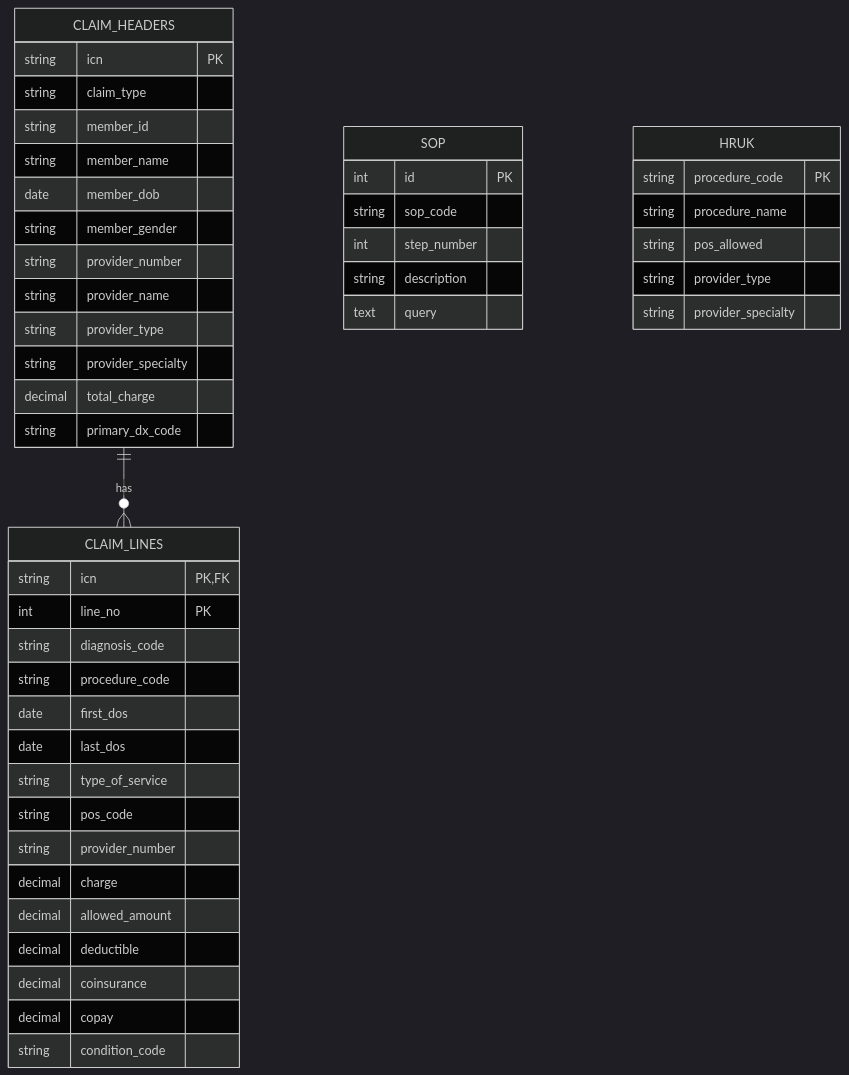
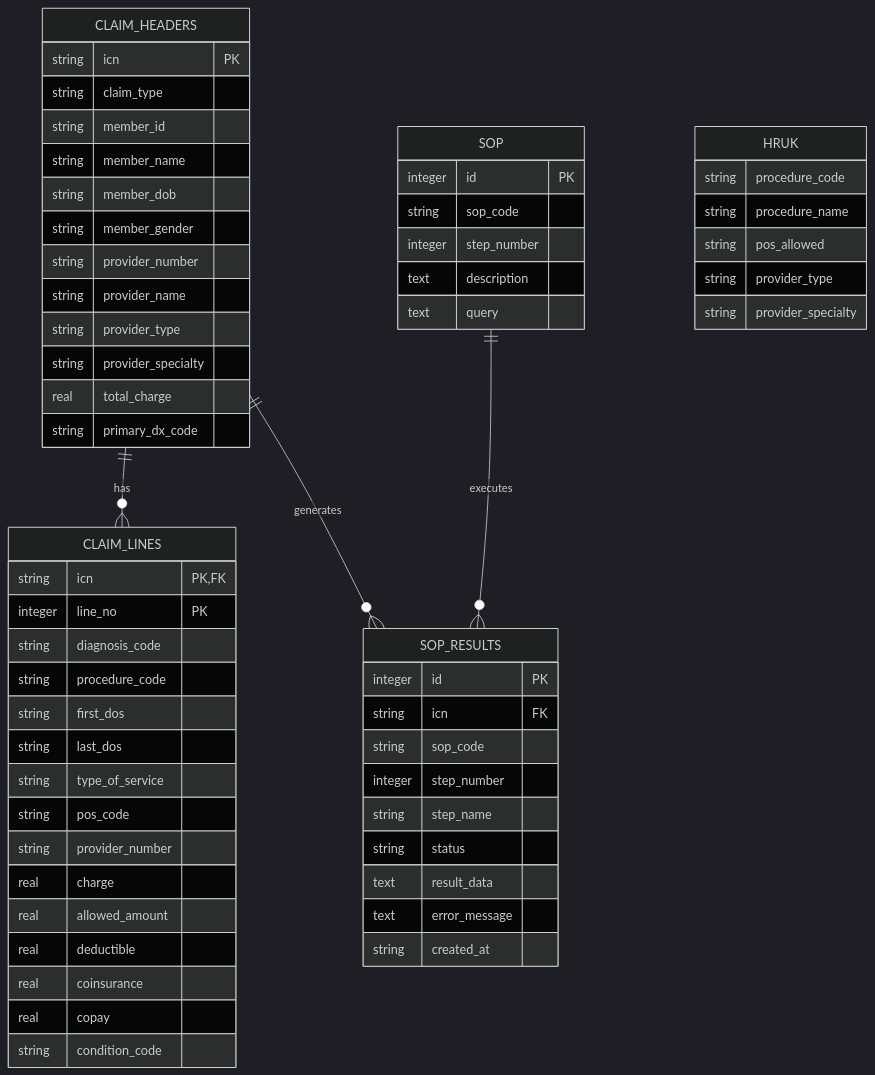
The eighth of 9 diagrams in README.md (phoenix-4u/Pend_Claims_Agentic_Workflow), drawn with Mermaid (dark theme) before and after one commit. The commit also changed other lines of this file, not shown here.

````diff
--- a/README.md
+++ b/README.md
@@ -264,53 +355,67 @@
 ```mermaid
 erDiagram
     CLAIM_HEADERS {
         string icn PK
         string claim_type
         string member_id
         string member_name
-        date member_dob
+        string member_dob
         string member_gender
         string provider_number
         string provider_name
         string provider_type
         string provider_specialty
-        decimal total_charge
+        real total_charge
         string primary_dx_code
     }
     
     CLAIM_LINES {
         string icn PK, FK
-        int line_no PK
+        integer line_no PK
         string diagnosis_code
         string procedure_code
-        date first_dos
-        date last_dos
+        string first_dos
+        string last_dos
         string type_of_service
         string pos_code
         string provider_number
-        decimal charge
-        decimal allowed_amount
-        decimal deductible
-        decimal coinsurance
-        decimal copay
+        real charge
+        real allowed_amount
+        real deductible
+        real coinsurance
+        real copay
         string condition_code
     }
     
     SOP {
-        int id PK
+        integer id PK
         string sop_code
-        int step_number
-        string description
+        integer step_number
+        text description
         text query
     }
     
+    SOP_RESULTS {
+        integer id PK
+        string icn FK
+        string sop_code
+        integer step_number
+        string step_name
+        string status
+        text result_data
+        text error_message
+        string created_at
+    }
+    
     HRUK {
-        string procedure_code PK
+        string procedure_code
         string procedure_name
         string pos_allowed
         string provider_type
         string provider_specialty
     }
     
     CLAIM_HEADERS ||--o{ CLAIM_LINES : "has"
+    CLAIM_HEADERS ||--o{ SOP_RESULTS : "generates"
+    SOP ||--o{ SOP_RESULTS : "executes"
 ```
````
